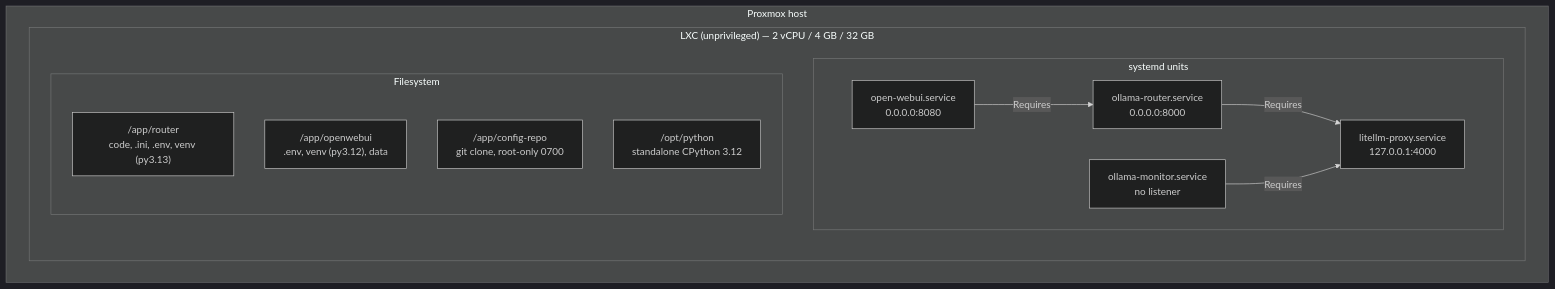
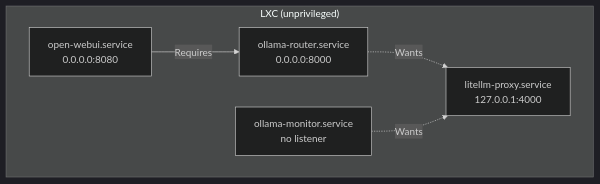
Before and after one commit to wwarren/osr: the second of 4 diagrams in ARCHITECTURE.md, drawn with Mermaid (dark theme). The commit also changed other lines of this file and 55 other files, not shown here.

````diff
--- a/ARCHITECTURE.md
+++ b/ARCHITECTURE.md
@@ -94,24 +93,12 @@
 ```mermaid
 flowchart TB
-    subgraph host["Proxmox host"]
-        subgraph ctr["LXC (unprivileged) — 2 vCPU / 4 GB / 32 GB"]
-            direction TB
-            subgraph units["systemd units"]
-                A["open-webui.service<br/>0.0.0.0:8080"]
-                B["ollama-router.service<br/>0.0.0.0:8000"]
-                C["litellm-proxy.service<br/>127.0.0.1:4000"]
-                D["ollama-monitor.service<br/>no listener"]
-            end
-            subgraph fs["Filesystem"]
-                E["/app/router<br/>code, .ini, .env, venv (py3.13)"]
-                F["/app/openwebui<br/>.env, venv (py3.12), data"]
-                G["/app/config-repo<br/>git clone, root-only 0700"]
-                H["/opt/python<br/>standalone CPython 3.12"]
-            end
-        end
+    subgraph ctr["LXC (unprivileged)"]
+        A["open-webui.service<br/>0.0.0.0:8080"]
+        B["ollama-router.service<br/>0.0.0.0:8000"]
+        C["litellm-proxy.service<br/>127.0.0.1:4000"]
+        D["ollama-monitor.service<br/>no listener"]
     end
-
     A -->|Requires| B
-    B -->|Requires| C
-    D -->|Requires| C
+    B -.->|Wants| C
+    D -.->|Wants| C
 ```
````
